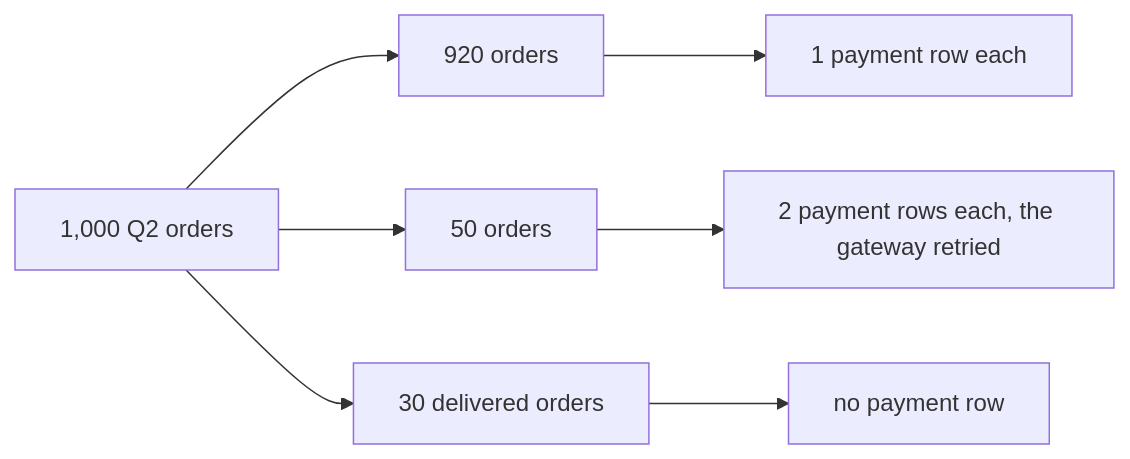
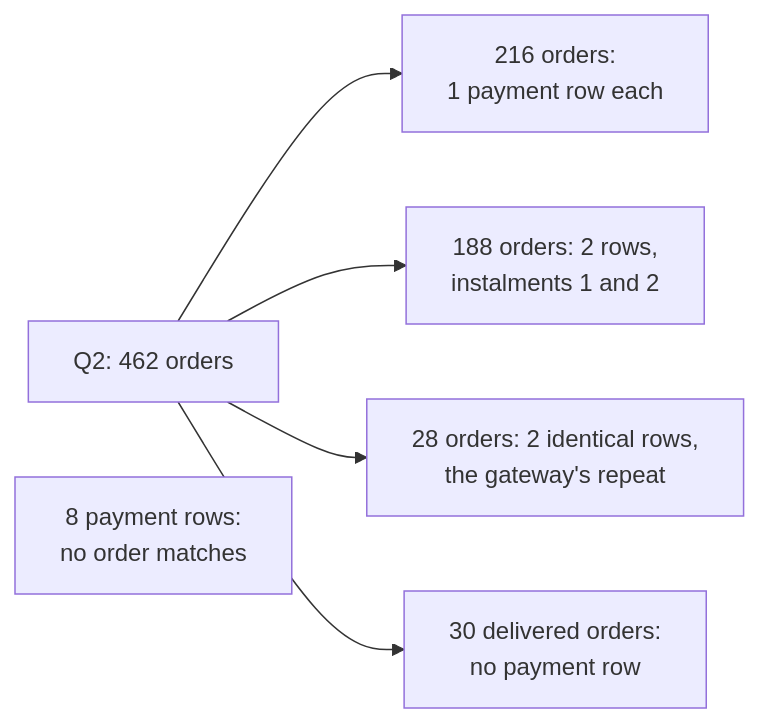
Before and after one commit to fde-academy-lab/c2-content-factory: the second of 8 diagrams in content/W02/SAT/paper/C2_W02_SAT_recap_paper_STUDENT.md, drawn with Mermaid. The commit also changed other lines of this file and 4 other files, not shown here.

````diff
--- a/content/W02/SAT/paper/C2_W02_SAT_recap_paper_STUDENT.md
+++ b/content/W02/SAT/paper/C2_W02_SAT_recap_paper_STUDENT.md
@@ -242,10 +149,8 @@
 ```mermaid
 flowchart LR
-  O["1,000 Q2 orders"]
-  O --> A["920 orders"]
-  O --> B["50 orders"]
-  O --> C["30 delivered orders"]
-  A --> PA["1 payment row each"]
-  B --> PB["2 payment rows each, the gateway retried"]
-  C --> PC["no payment row"]
+  O["Q2: 462 orders"] --> A["216 orders:<br/>1 payment row each"]
+  O --> B["188 orders: 2 rows,<br/>instalments 1 and 2"]
+  O --> C["28 orders: 2 identical rows,<br/>the gateway's repeat"]
+  O --> D["30 delivered orders:<br/>no payment row"]
+  P["8 payment rows:<br/>no order matches"]
 ```
````
